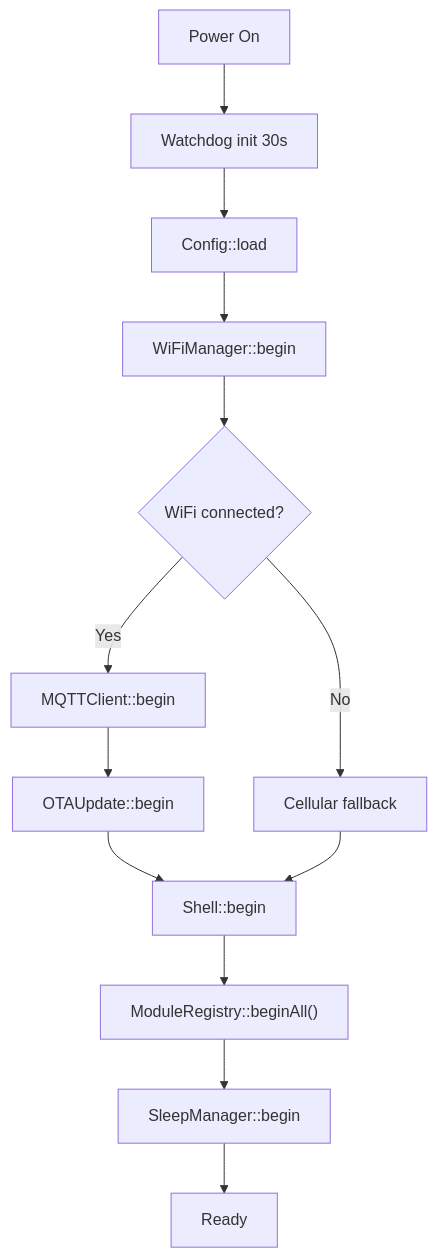
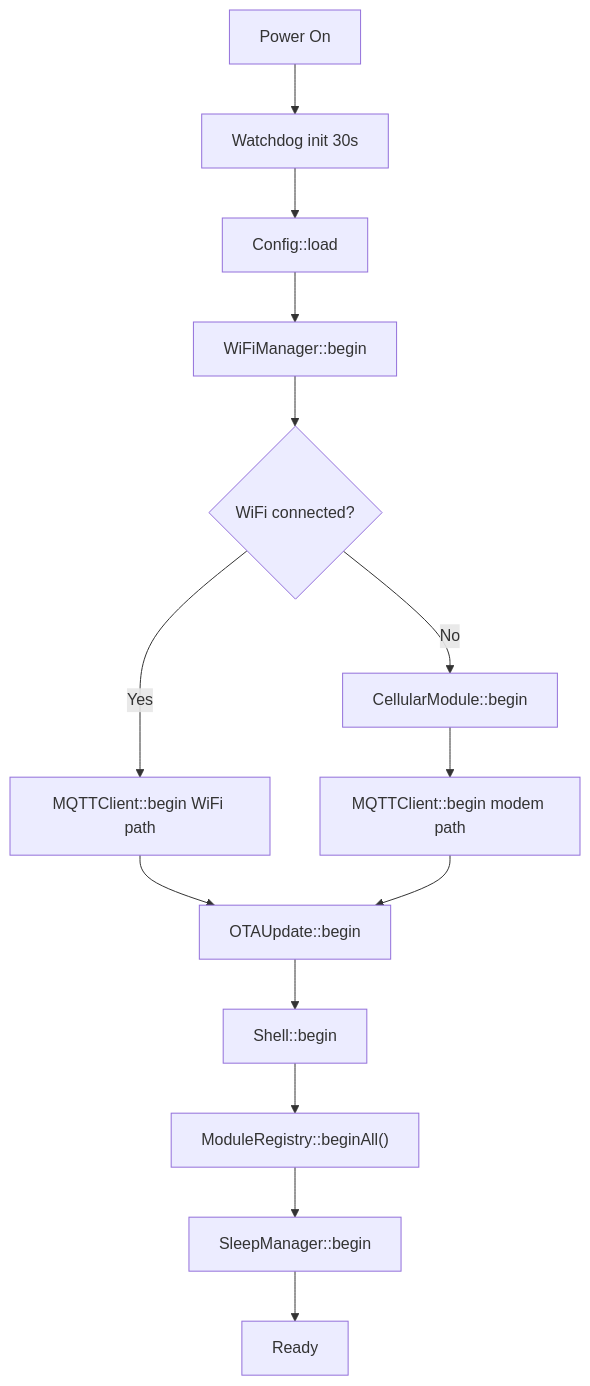
One commit to Thesada/thesada-doc changed the diagram in firmware/architecture/overview.md. Above: the diagram before and after it, drawn with Mermaid. The commit also changed other lines of this file and 27 other files, not shown here.

````diff
--- a/firmware/architecture/overview.md
+++ b/firmware/architecture/overview.md
@@ -74,15 +70,16 @@
 ```mermaid
 flowchart TD
     A[Power On] --> WDT[Watchdog init 30s]
     WDT --> B[Config::load]
     B --> C[WiFiManager::begin]
     C --> D{WiFi connected?}
-    D -->|Yes| E[MQTTClient::begin]
-    E --> F[OTAUpdate::begin]
-    D -->|No| G[Cellular fallback]
-    F --> H[Shell::begin]
-    G --> H
-    H --> I["ModuleRegistry::beginAll()"]
-    I --> J[SleepManager::begin]
-    J --> K[Ready]
+    D -->|Yes| E[MQTTClient::begin WiFi path]
+    D -->|No| G[CellularModule::begin]
+    G --> H[MQTTClient::begin modem path]
+    E --> I[OTAUpdate::begin]
+    H --> I
+    I --> J[Shell::begin]
+    J --> K["ModuleRegistry::beginAll()"]
+    K --> L[SleepManager::begin]
+    L --> M[Ready]
 ```
````
